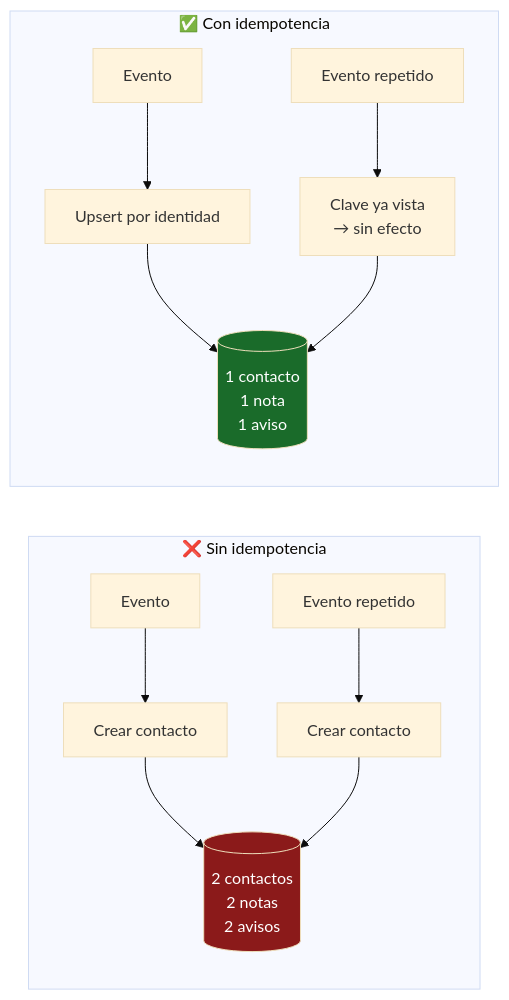
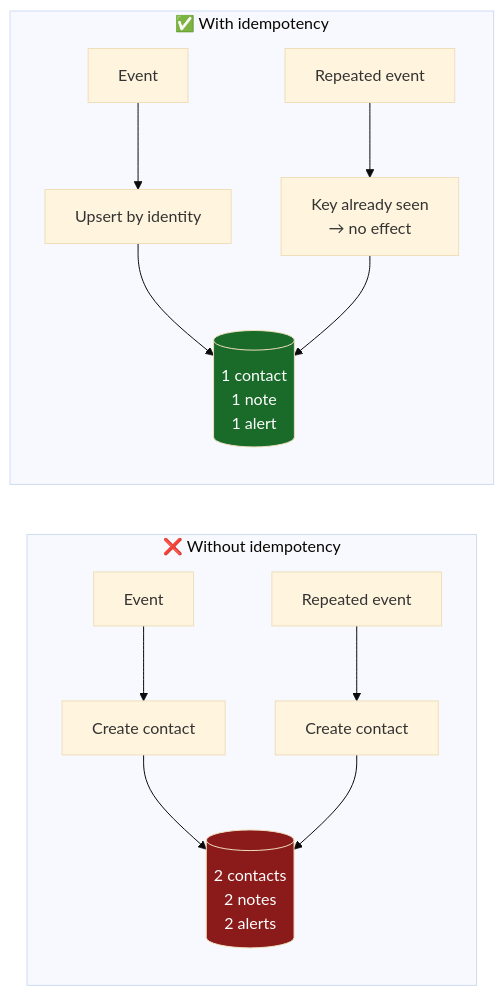
One commit to BhrayanM/Portafolio changed the second of 2 diagrams in projects/appointment-automation/README.md. Above: the diagram before and after it, drawn with Mermaid (base theme). The commit also changed other lines of this file and 59 other files, not shown here.

````diff
--- a/projects/appointment-automation/README.md
+++ b/projects/appointment-automation/README.md
@@ -82,21 +83,21 @@
 ```mermaid
 flowchart LR
-    subgraph SIN ["❌ Sin idempotencia"]
+    subgraph WITHOUT ["❌ Without idempotency"]
         direction TB
-        A1["Evento"] --> B1["Crear contacto"]
-        A2["Evento repetido"] --> B2["Crear contacto"]
-        B1 --> C1[("2 contactos<br/>2 notas<br/>2 avisos")]
+        A1["Event"] --> B1["Create contact"]
+        A2["Repeated event"] --> B2["Create contact"]
+        B1 --> C1[("2 contacts<br/>2 notes<br/>2 alerts")]
         B2 --> C1
     end
 
-    subgraph CON ["✅ Con idempotencia"]
+    subgraph WITH ["✅ With idempotency"]
         direction TB
-        D1["Evento"] --> E1["Upsert por identidad"]
-        D2["Evento repetido"] --> E2["Clave ya vista<br/>→ sin efecto"]
-        E1 --> F1[("1 contacto<br/>1 nota<br/>1 aviso")]
+        D1["Event"] --> E1["Upsert by identity"]
+        D2["Repeated event"] --> E2["Key already seen<br/>→ no effect"]
+        E1 --> F1[("1 contact<br/>1 note<br/>1 alert")]
         E2 --> F1
     end
 
     style C1 fill:#8b1a1a,color:#fff
     style F1 fill:#1a6b2a,color:#fff
 ```
````
